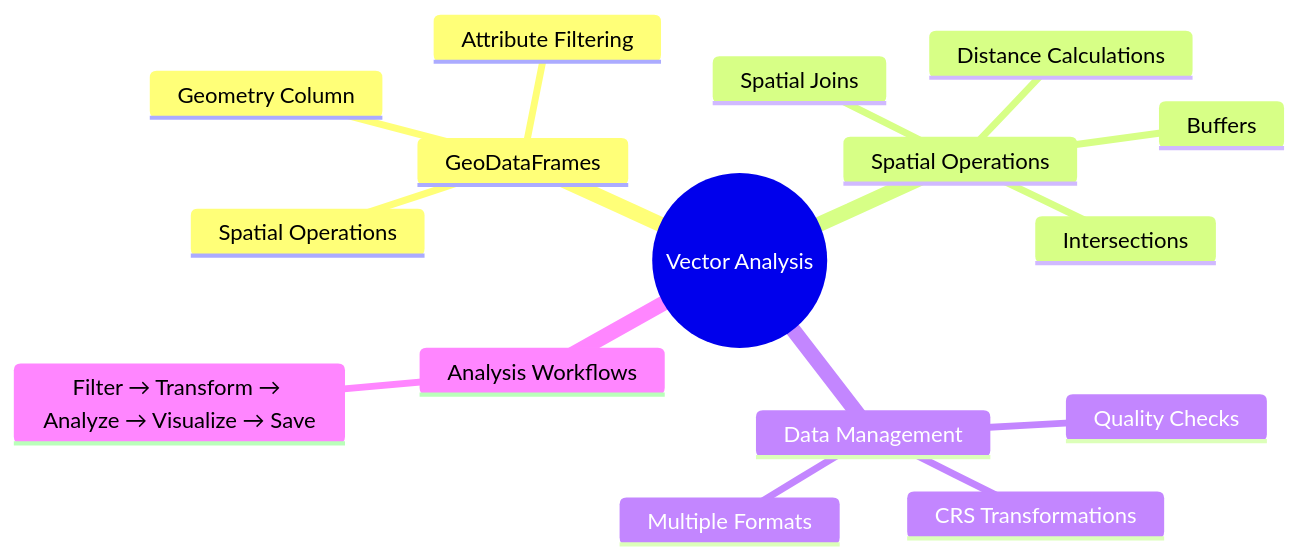
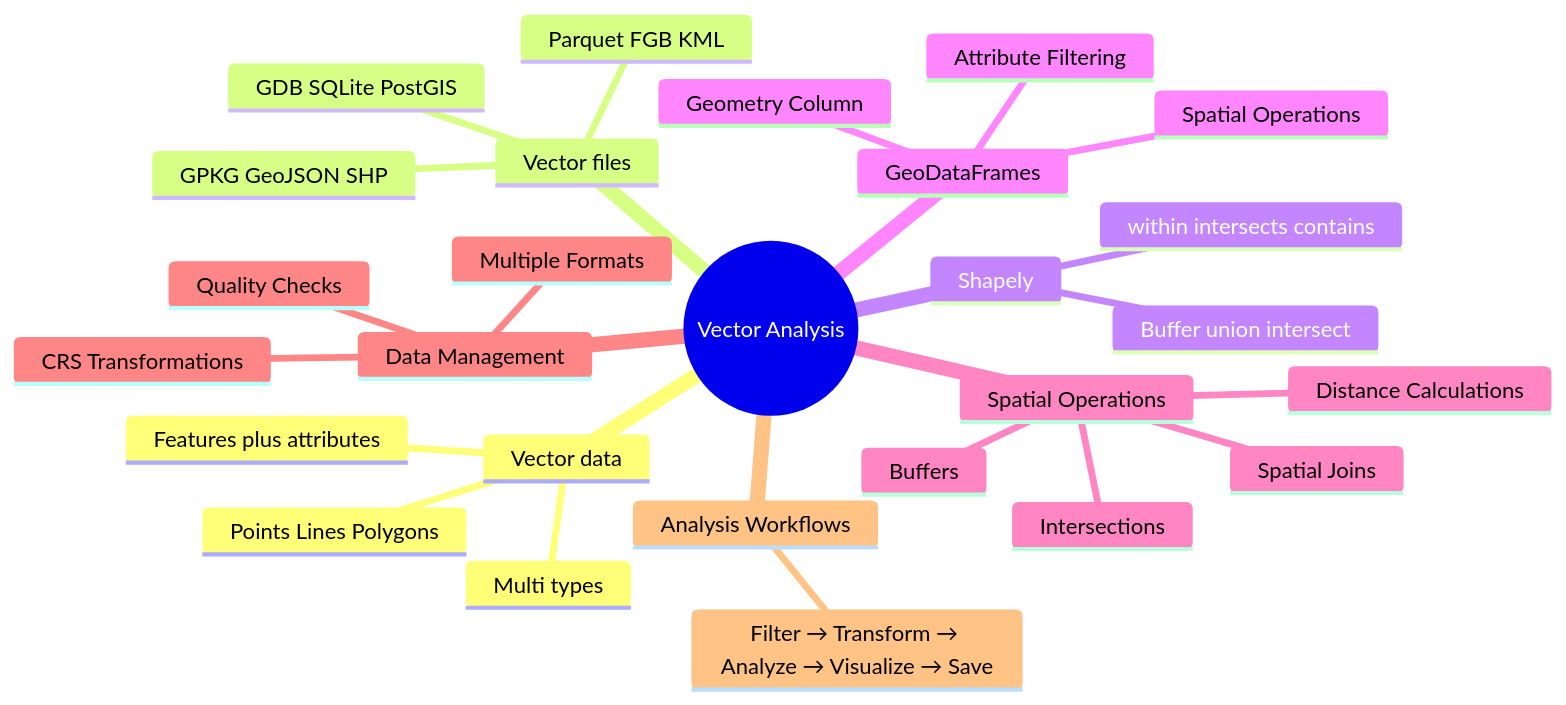
The third of 4 diagrams in docs/03_vector_analysis.md (Rotten-Grapes-Pvt-Ltd/Geopython-101), drawn with Mermaid before and after one commit. The commit also changed other lines of this file and 11 other files, not shown here.

````diff
--- a/docs/03_vector_analysis.md
+++ b/docs/03_vector_analysis.md
@@ -897,19 +1449,30 @@
 ```mermaid
 mindmap
   root((Vector Analysis))
+    Vector data
+      Points Lines Polygons
+      Multi types
+      Features plus attributes
+    Vector files
+      GPKG GeoJSON SHP
+      Parquet FGB KML
+      GDB SQLite PostGIS
+    Shapely
+      Buffer union intersect
+      within intersects contains
     GeoDataFrames
       Geometry Column
       Spatial Operations
       Attribute Filtering
     Spatial Operations
       Buffers
       Intersections
       Spatial Joins
       Distance Calculations
     Data Management
       CRS Transformations
       Quality Checks
       Multiple Formats
     Analysis Workflows
       Filter → Transform → Analyze → Visualize → Save
 ```
````
